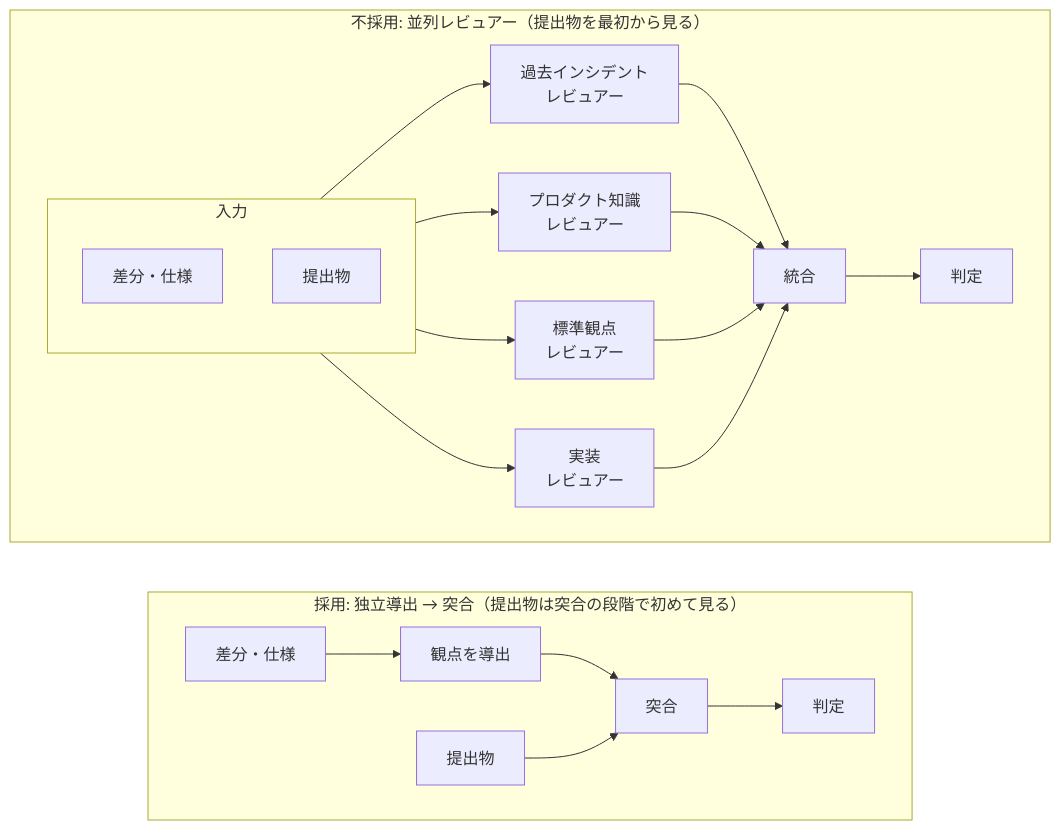
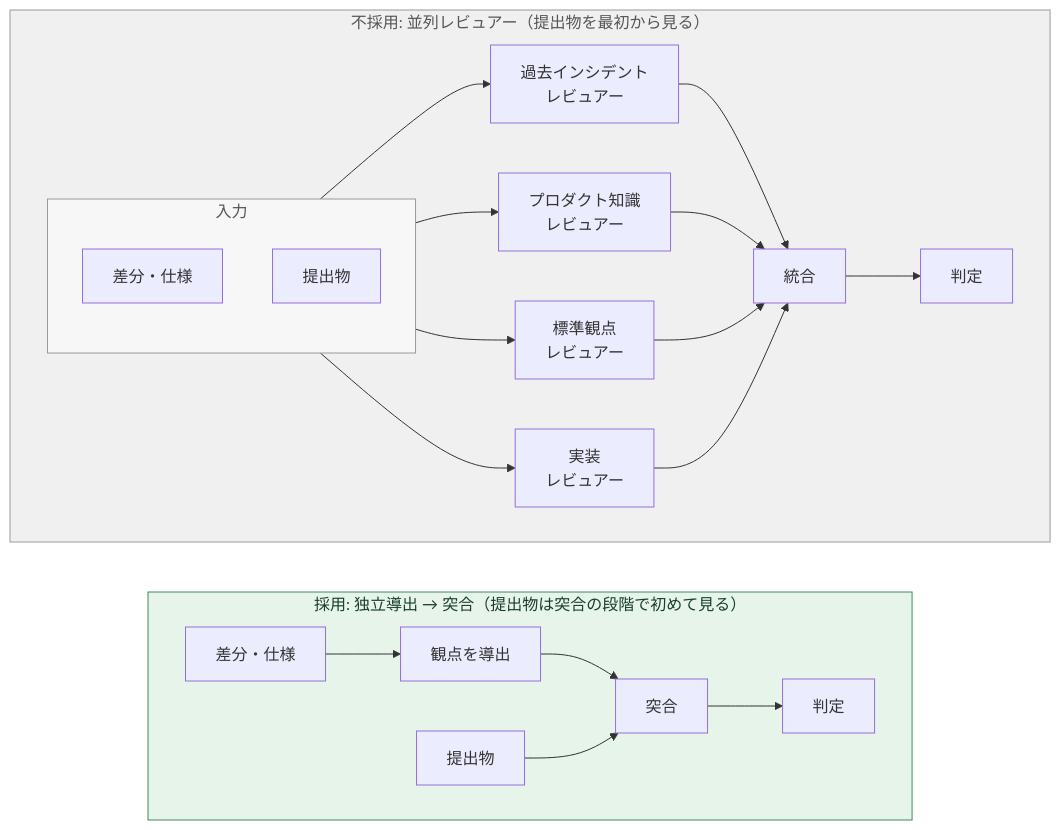
One commit to lil-ikeda/zenn-docs-public changed the second of 2 diagrams in articles/qa-gauge-01-llm-judges-test-sufficiency.md. Above: the diagram before and after it, drawn with Mermaid. The commit also changed other lines of this file, not shown here.

First line of the commit message:
docs: 図の採用/不採用を色分け、Engine/Knowledge version と A/A・A/B テストの説明を補足

````diff
--- a/articles/qa-gauge-01-llm-judges-test-sufficiency.md
+++ b/articles/qa-gauge-01-llm-judges-test-sufficiency.md
@@ -79,27 +81,30 @@
 ```mermaid
 flowchart LR
   subgraph A["採用: 独立導出 → 突合（提出物は突合の段階で初めて見る）"]
     direction LR
     A1["差分・仕様"] --> A2["観点を導出"]
     A2 --> A3["突合"]
     A0["提出物"] --> A3
     A3 --> A4["判定"]
   end
   subgraph B["不採用: 並列レビュアー（提出物を最初から見る）"]
     direction LR
     subgraph BI["入力"]
       direction TB
       B1["差分・仕様"]
       B0["提出物"]
     end
     BI --> R1["過去インシデント<br/>レビュアー"]
     BI --> R2["プロダクト知識<br/>レビュアー"]
     BI --> R3["標準観点<br/>レビュアー"]
     BI --> R4["実装<br/>レビュアー"]
     R1 --> B3["統合"]
     R2 --> B3
     R3 --> B3
     R4 --> B3
     B3 --> B4["判定"]
   end
+  style A fill:#e6f4ea,stroke:#3c8d5a,color:#1b3d2a
+  style B fill:#f0f0f0,stroke:#9a9a9a,color:#555
+  style BI fill:#f7f7f7,stroke:#9a9a9a,color:#555
 ```
````
